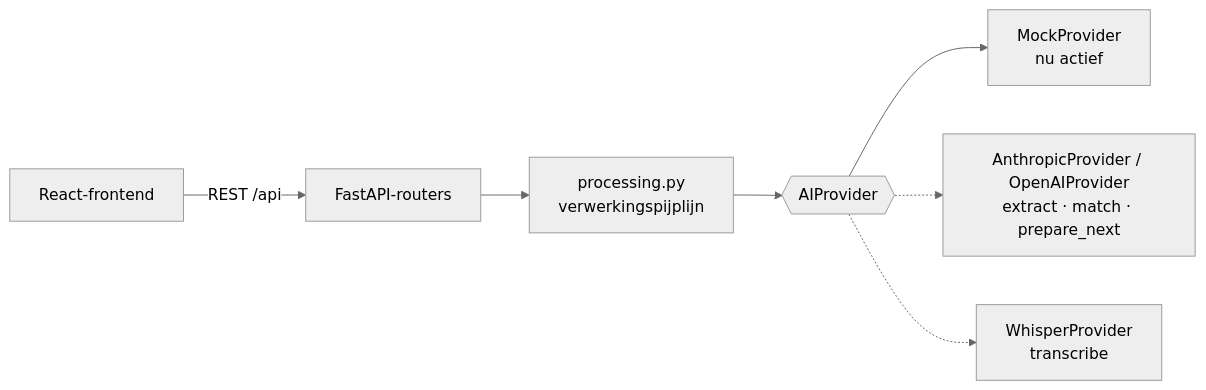
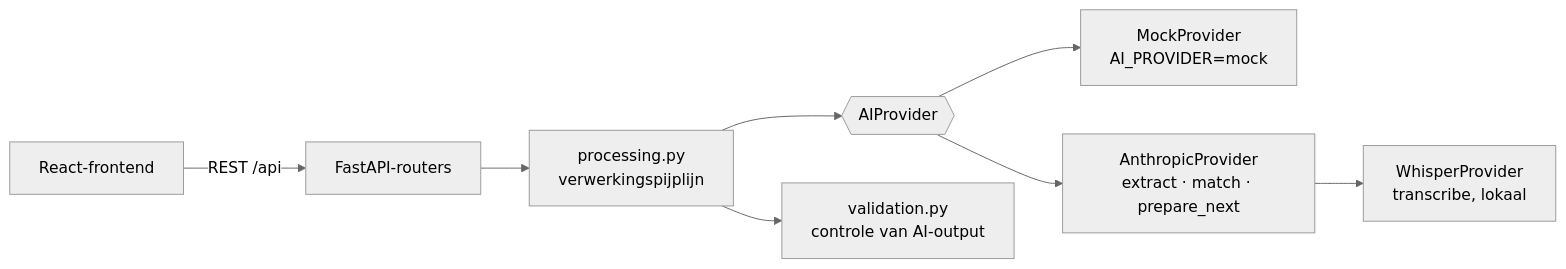
The diagram in docs/LLM_INTEGRATIE.md (carlos94ds/AI-Meeting-Intelligence-System), drawn with Mermaid (neutral theme) before and after one commit. The commit also changed other lines of this file and 31 other files, not shown here.

````diff
--- a/docs/LLM_INTEGRATIE.md
+++ b/docs/LLM_INTEGRATIE.md
@@ -7,9 +51,10 @@
 ```mermaid
 flowchart LR
   UI[React-frontend] -->|REST /api| API[FastAPI-routers]
   API --> PIPE[processing.py<br/>verwerkingspijplijn]
   PIPE --> IFACE{{AIProvider}}
-  IFACE --> MOCK[MockProvider<br/>nu actief]
-  IFACE -.-> LLM[AnthropicProvider / OpenAIProvider<br/>extract · match · prepare_next]
-  IFACE -.-> STT[WhisperProvider<br/>transcribe]
+  IFACE --> MOCK[MockProvider<br/>AI_PROVIDER=mock]
+  IFACE --> LLM[AnthropicProvider<br/>extract · match · prepare_next]
+  LLM --> STT[WhisperProvider<br/>transcribe, lokaal]
+  PIPE --> VAL[validation.py<br/>controle van AI-output]
 ```
````
